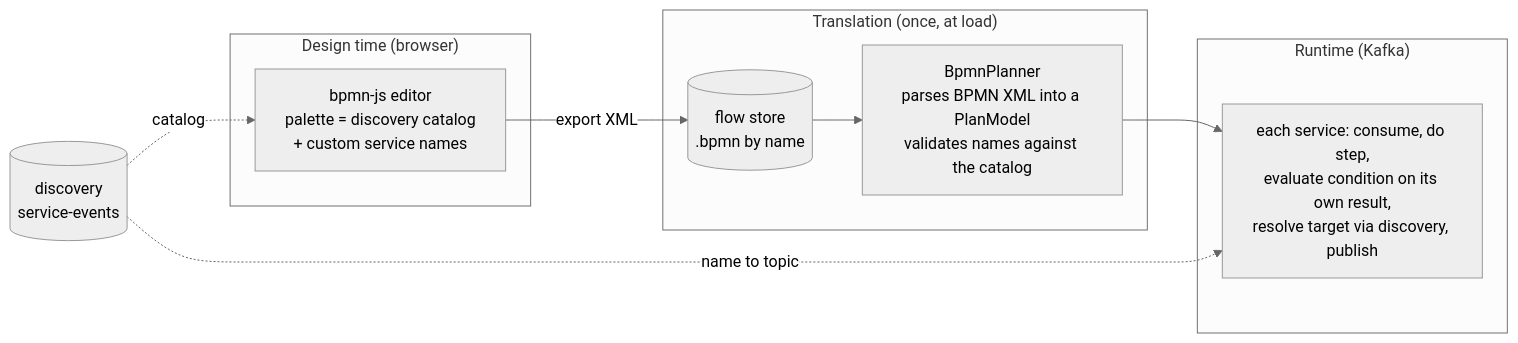
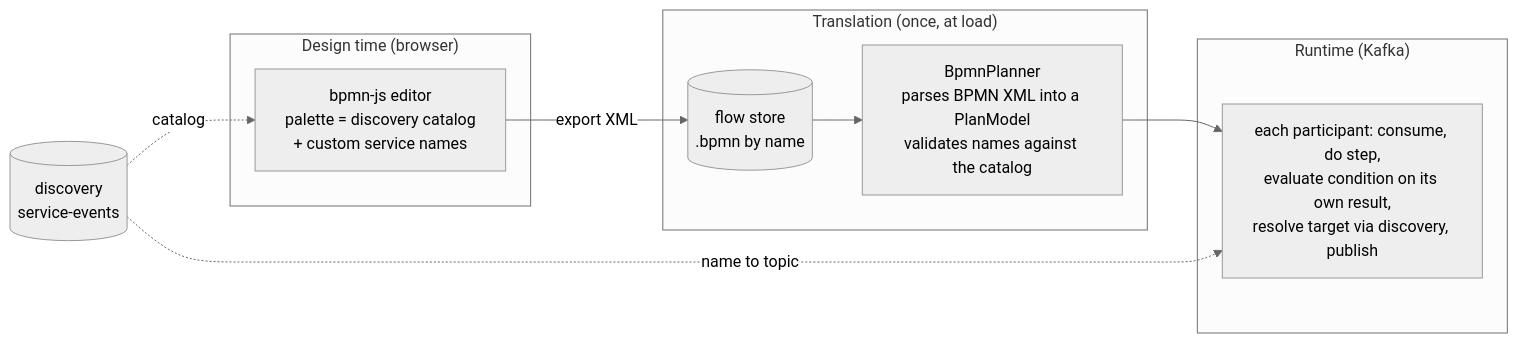
Before and after one commit to ermi9/EDA-choreography: the seventh of 10 diagrams in README.md, drawn with Mermaid (neutral theme). The commit also changed other lines of this file, not shown here.

Commit message:
I say what the driver does for a service, what sharing one costs, and how I will give each service its own

````diff
--- a/README.md
+++ b/README.md
@@ -189,17 +194,17 @@
 ```mermaid
 flowchart LR
     subgraph Browser["Design time (browser)"]
         E["bpmn-js editor<br/>palette = discovery catalog<br/>+ custom service names"]
     end
     subgraph JVM["Translation (once, at load)"]
         S[("flow store<br/>.bpmn by name")]
         P["BpmnPlanner<br/>parses BPMN XML into a PlanModel<br/>validates names against the catalog"]
     end
     subgraph Runtime["Runtime (Kafka)"]
-        R["each service: consume, do step,<br/>evaluate condition on its own result,<br/>resolve target via discovery, publish"]
+        R["each participant: consume, do step,<br/>evaluate condition on its own result,<br/>resolve target via discovery, publish"]
     end
     D[("discovery<br/>service-events")]
     E -- export XML --> S --> P --> R
     D -. catalog .-> E
     D -. name to topic .-> R
 ```
````
